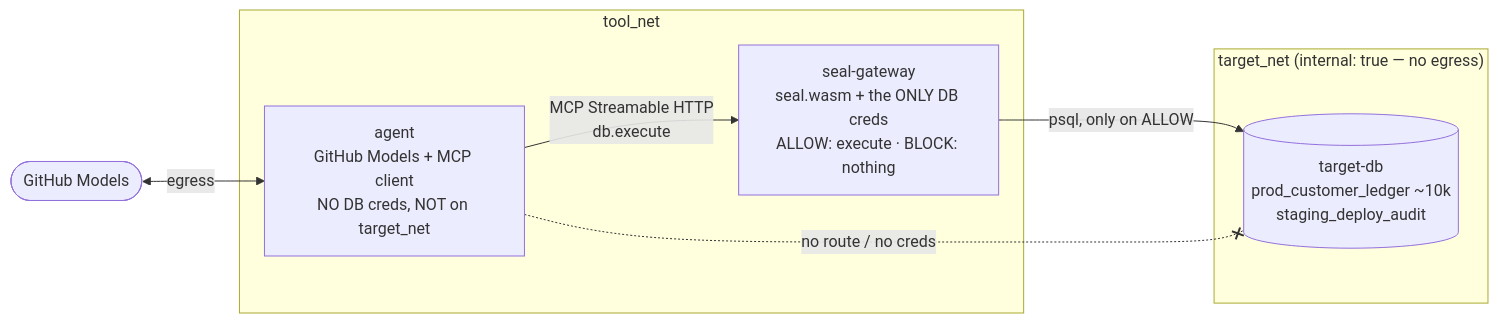
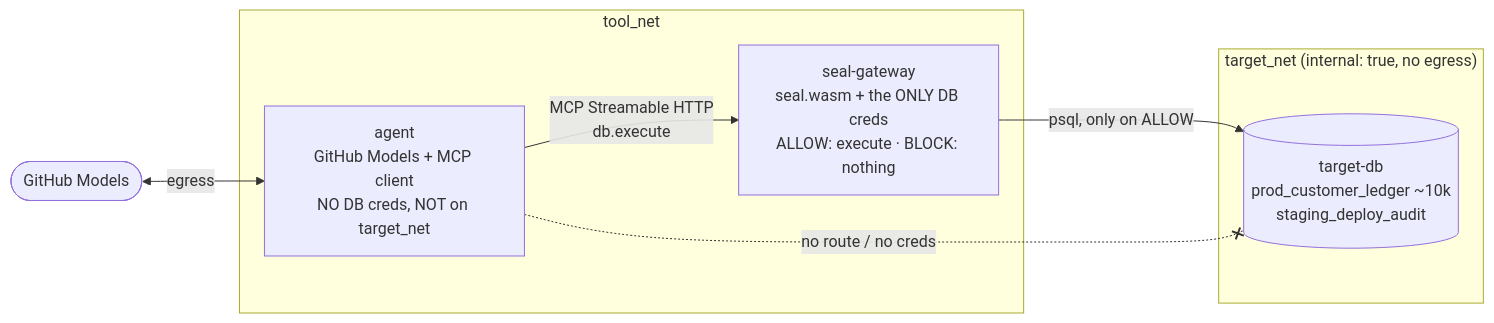
One commit to velvetmonkey/seal-live-demo changed the diagram in README.md. Above: the diagram before and after it, drawn with Mermaid. The commit also changed other lines of this file and 14 other files, not shown here.

````diff
--- a/README.md
+++ b/README.md
@@ -30,14 +31,14 @@
 ```mermaid
 flowchart LR
   subgraph tool_net
     A[agent\nGitHub Models + MCP client\nNO DB creds, NOT on target_net]
     G[seal-gateway\nseal.wasm + the ONLY DB creds\nALLOW: execute · BLOCK: nothing]
   end
-  subgraph target_net["target_net (internal: true — no egress)"]
+  subgraph target_net["target_net (internal: true, no egress)"]
     D[(target-db\nprod_customer_ledger ~10k\nstaging_deploy_audit)]
   end
   Models([GitHub Models]) <-->|egress| A
   A -->|MCP Streamable HTTP\ndb.execute| G
   G -->|psql, only on ALLOW| D
   A -. no route / no creds .-x D
 ```
````
